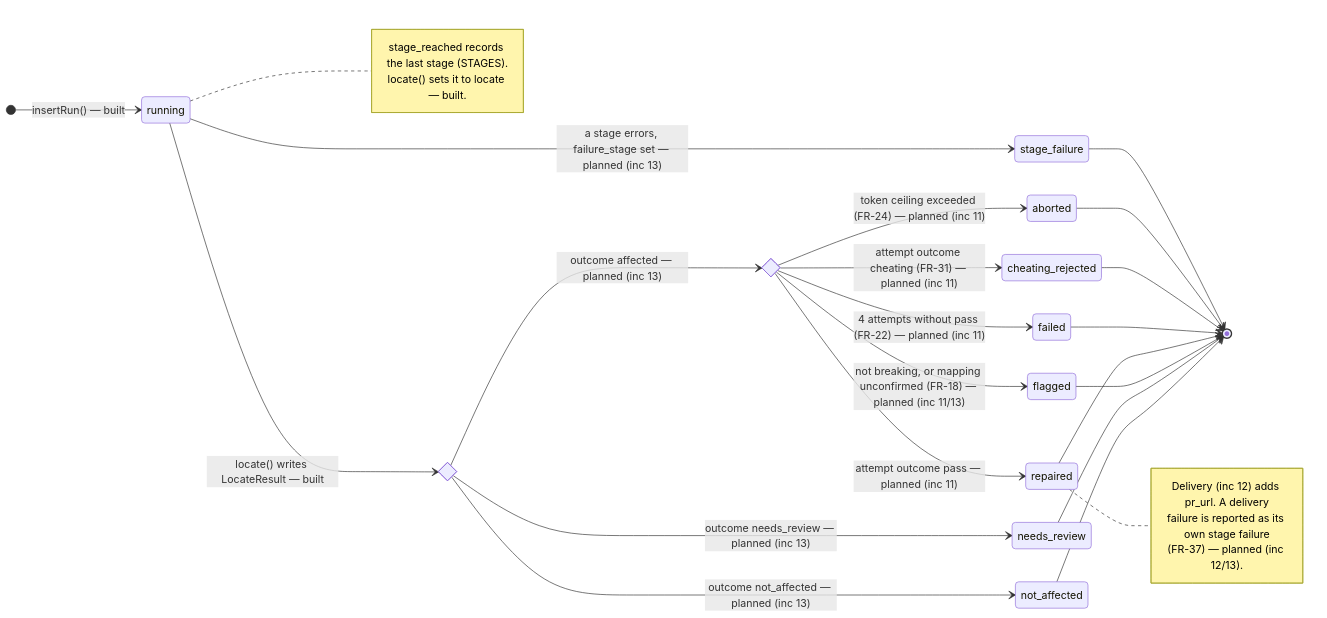
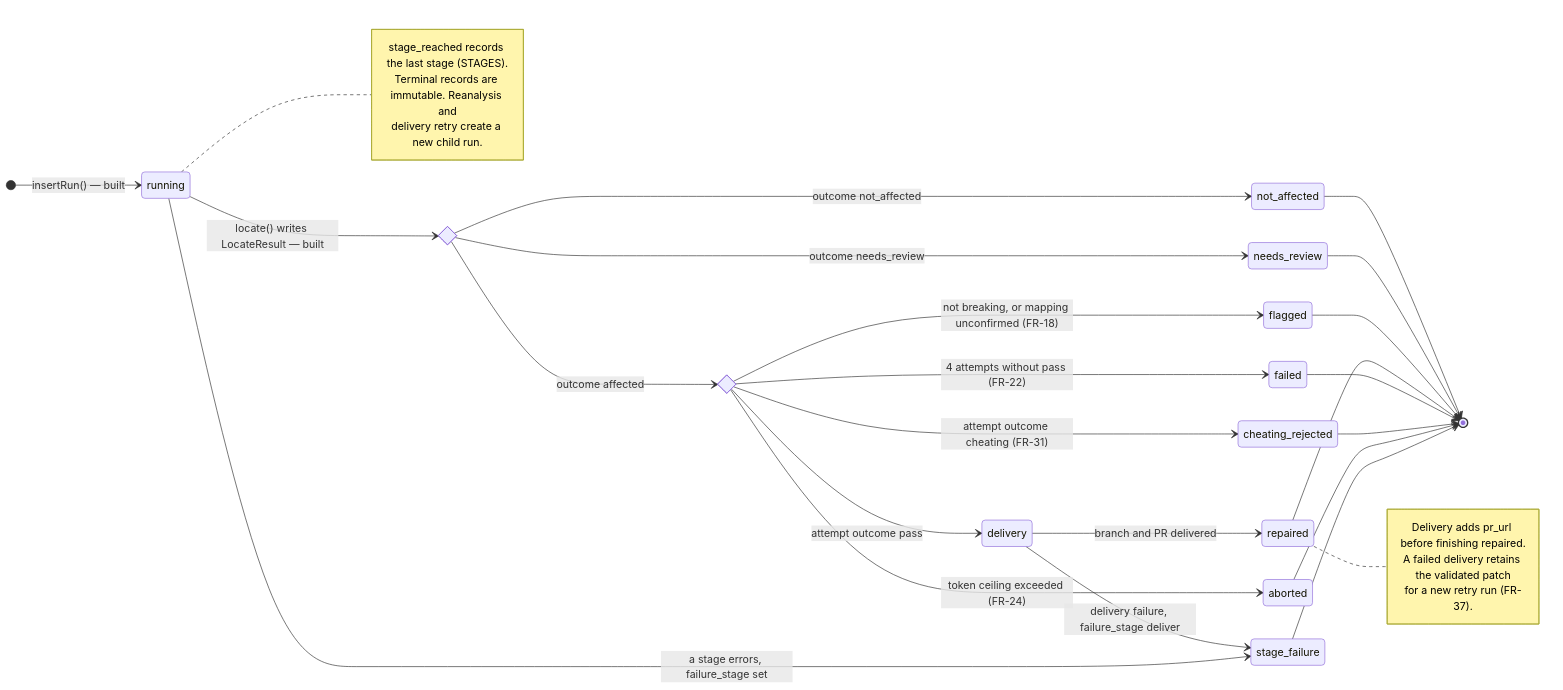
The first of 3 diagrams in docs/diagrams/statecharts.md (Bigyan1313/self_maintaining_api), drawn with Mermaid before and after one commit. The commit also changed other lines of this file and 34 other files, not shown here.

Commit message:
feat(deliverables): generate diagrams, evidence reports and guarded submission bundles

````diff
--- a/docs/diagrams/statecharts.md
+++ b/docs/diagrams/statecharts.md
@@ -33,34 +29,37 @@
 ```mermaid
 stateDiagram-v2
   direction LR
   [*] --> running : insertRun() — built
   state locate_outcome <<choice>>
   state repair_gate <<choice>>
   running --> locate_outcome : locate() writes LocateResult — built
-  locate_outcome --> not_affected : outcome not_affected — planned (inc 13)
-  locate_outcome --> needs_review : outcome needs_review — planned (inc 13)
-  locate_outcome --> repair_gate : outcome affected — planned (inc 13)
-  repair_gate --> flagged : not breaking, or mapping unconfirmed (FR-18) — planned (inc 11/13)
-  repair_gate --> repaired : attempt outcome pass — planned (inc 11)
-  repair_gate --> failed : 4 attempts without pass (FR-22) — planned (inc 11)
-  repair_gate --> cheating_rejected : attempt outcome cheating (FR-31) — planned (inc 11)
-  repair_gate --> aborted : token ceiling exceeded (FR-24) — planned (inc 11)
-  running --> stage_failure : a stage errors, failure_stage set — planned (inc 13)
+  locate_outcome --> not_affected : outcome not_affected
+  locate_outcome --> needs_review : outcome needs_review
+  locate_outcome --> repair_gate : outcome affected
+  repair_gate --> flagged : not breaking, or mapping unconfirmed (FR-18)
+  repair_gate --> delivery : attempt outcome pass
+  delivery --> repaired : branch and PR delivered
+  delivery --> stage_failure : delivery failure, failure_stage deliver
+  repair_gate --> failed : 4 attempts without pass (FR-22)
+  repair_gate --> cheating_rejected : attempt outcome cheating (FR-31)
+  repair_gate --> aborted : token ceiling exceeded (FR-24)
+  running --> stage_failure : a stage errors, failure_stage set
   not_affected --> [*]
   needs_review --> [*]
   flagged --> [*]
   repaired --> [*]
   failed --> [*]
   cheating_rejected --> [*]
   aborted --> [*]
   stage_failure --> [*]
   note right of running
     stage_reached records the last stage (STAGES).
-    locate() sets it to locate — built.
+    Terminal records are immutable. Reanalysis and
+    delivery retry create a new child run.
   end note
   note right of repaired
-    Delivery (inc 12) adds pr_url. A delivery
-    failure is reported as its own stage failure
-    (FR-37) — planned (inc 12/13).
+    Delivery adds pr_url before finishing repaired.
+    A failed delivery retains the validated patch
+    for a new retry run (FR-37).
   end note
 ```
````
